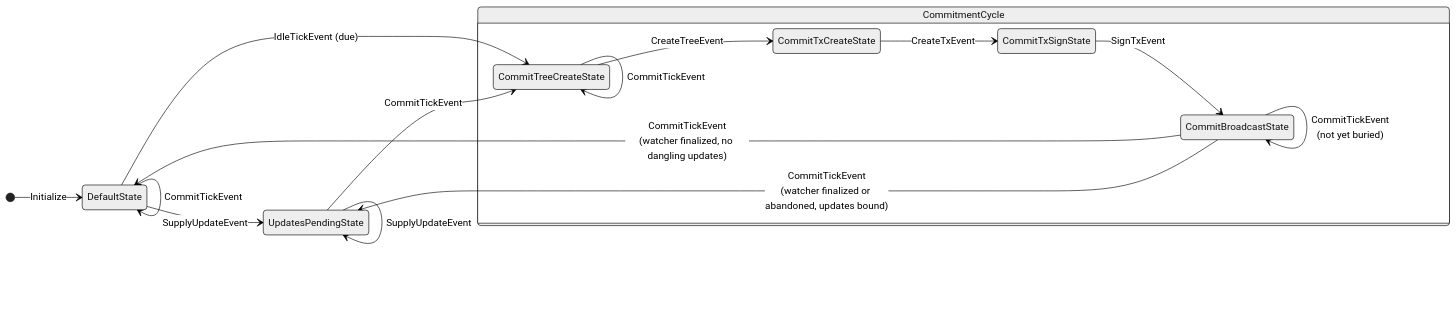
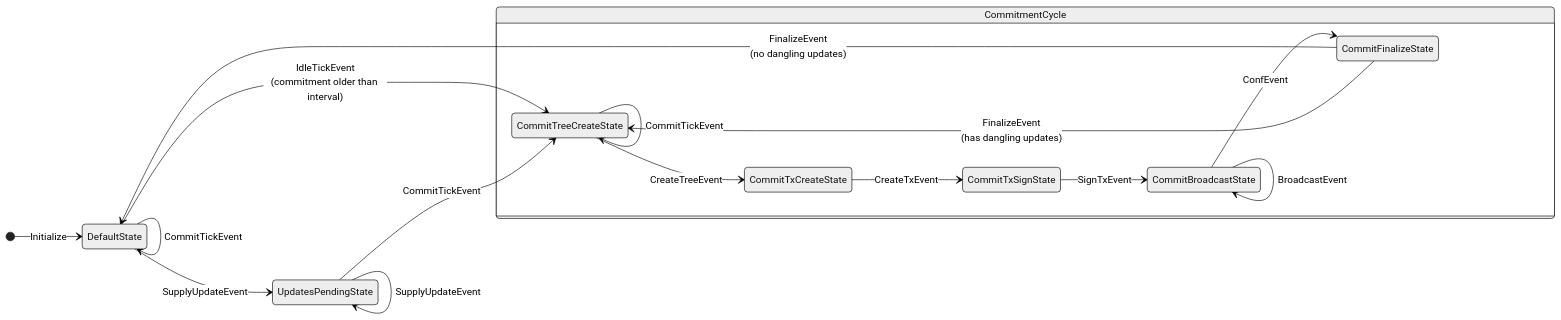
The diagram in universe/supplycommit/README.md (Satscryption/taproot-assets), drawn with Mermaid (neutral theme) before and after one commit. The commit also changed other lines of this file and 43 other files, not shown here.

First line of the commit message:
satscrip: port fork commits to v0.8.5 import paths and idle tick

````diff
--- a/universe/supplycommit/README.md
+++ b/universe/supplycommit/README.md
@@ -98,27 +92,27 @@
 ```mermaid
 stateDiagram-v2
     direction LR
     
     [*] --> DefaultState: Initialize
 
     DefaultState --> UpdatesPendingState: SupplyUpdateEvent
-    DefaultState --> CommitTreeCreateState: IdleTickEvent (due)
+    DefaultState --> CommitTreeCreateState: IdleTickEvent<br/>(commitment older than interval)
     UpdatesPendingState --> CommitTreeCreateState: CommitTickEvent
     
     state CommitmentCycle {
         direction TB
         CommitTreeCreateState --> CommitTxCreateState: CreateTreeEvent
         CommitTxCreateState --> CommitTxSignState: CreateTxEvent
         CommitTxSignState --> CommitBroadcastState: SignTxEvent
+        CommitBroadcastState --> CommitFinalizeState: ConfEvent
     }
     
-    CommitBroadcastState --> DefaultState: CommitTickEvent<br/>(watcher finalized, no dangling updates)
-    CommitBroadcastState --> UpdatesPendingState: CommitTickEvent<br/>(watcher finalized or abandoned, updates bound)
+    CommitFinalizeState --> DefaultState: FinalizeEvent<br/>(no dangling updates)
+    CommitFinalizeState --> CommitTreeCreateState: FinalizeEvent<br/>(has dangling updates)
 
     %% Self-transitions
     DefaultState --> DefaultState: CommitTickEvent
     UpdatesPendingState --> UpdatesPendingState: SupplyUpdateEvent
     CommitTreeCreateState --> CommitTreeCreateState: CommitTickEvent
     CommitBroadcastState --> CommitBroadcastState: BroadcastEvent
-    CommitBroadcastState --> CommitBroadcastState: CommitTickEvent<br/>(not yet buried)
 ```
````
